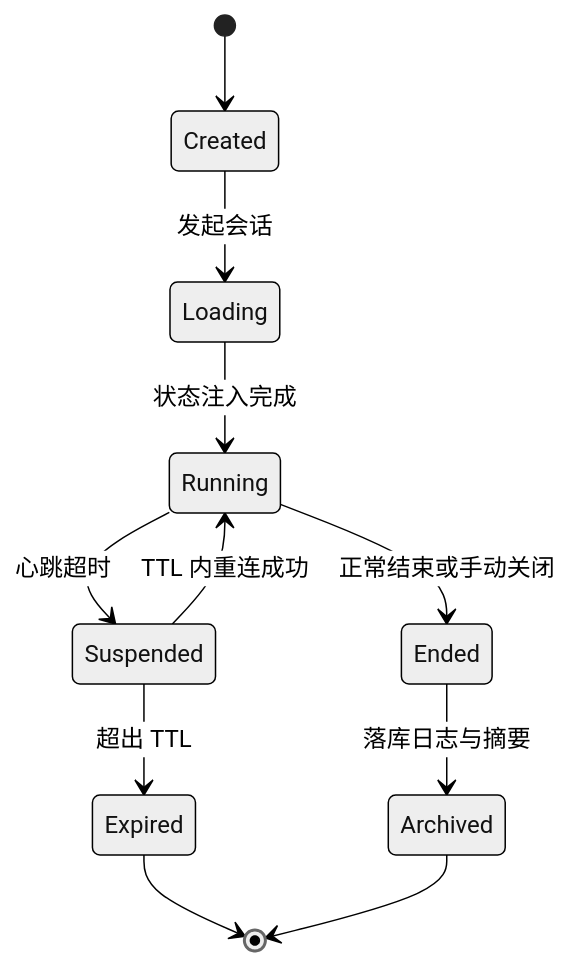
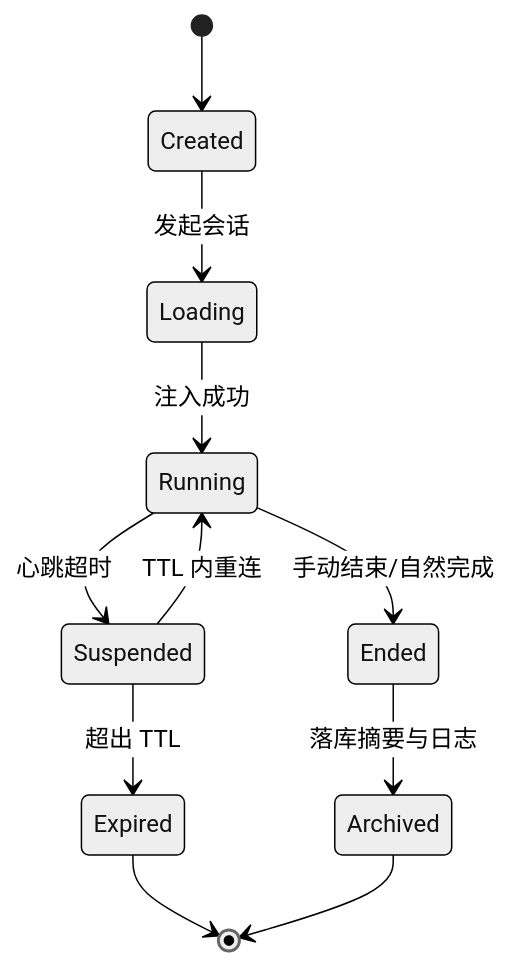
Before and after one commit to d4551/tea: the tenth of 16 diagrams in README.md, drawn with Mermaid (neutral theme). The commit also changed other lines of this file and 2 other files, not shown here.

````diff
--- a/README.md
+++ b/README.md
@@ -423,13 +551,13 @@
 ```mermaid
 stateDiagram-v2
     [*] --> Created
     Created --> Loading : 发起会话
-    Loading --> Running : 状态注入完成
+    Loading --> Running : 注入成功
     Running --> Suspended : 心跳超时
-    Running --> Ended : 正常结束或手动关闭
-    Suspended --> Running : TTL 内重连成功
+    Running --> Ended : 手动结束/自然完成
+    Suspended --> Running : TTL 内重连
     Suspended --> Expired : 超出 TTL
     Expired --> [*]
-    Ended --> Archived : 落库日志与摘要
+    Ended --> Archived : 落库摘要与日志
     Archived --> [*]
 ```
````
